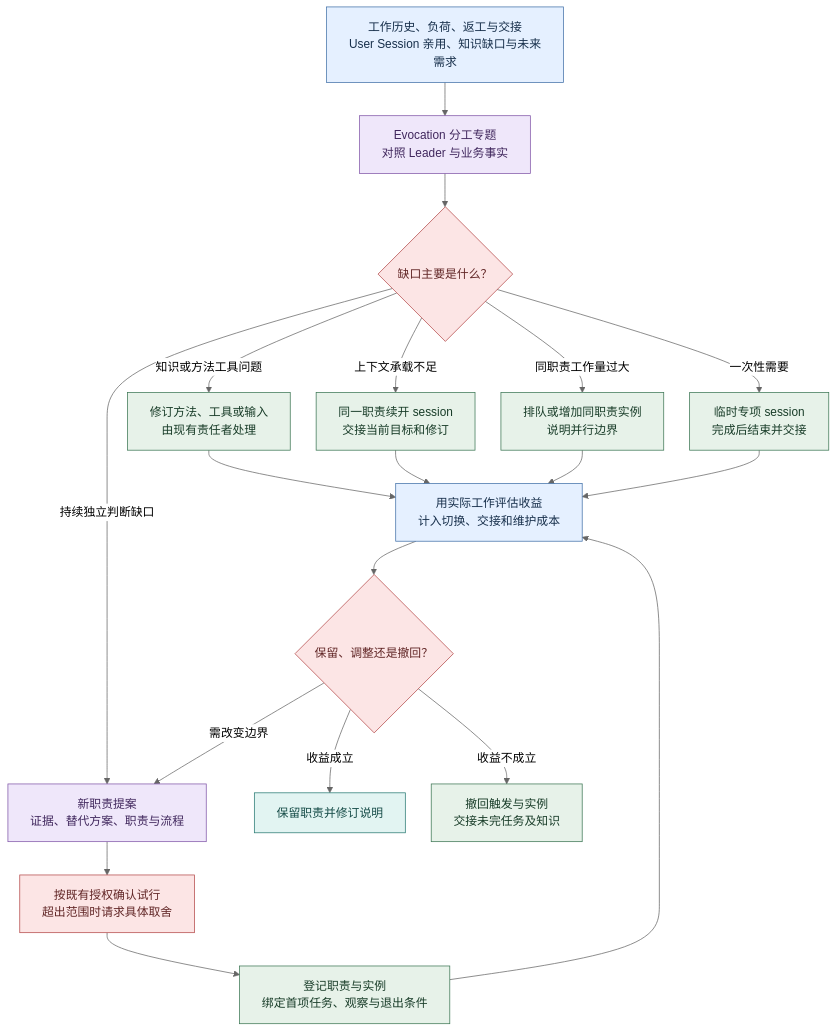
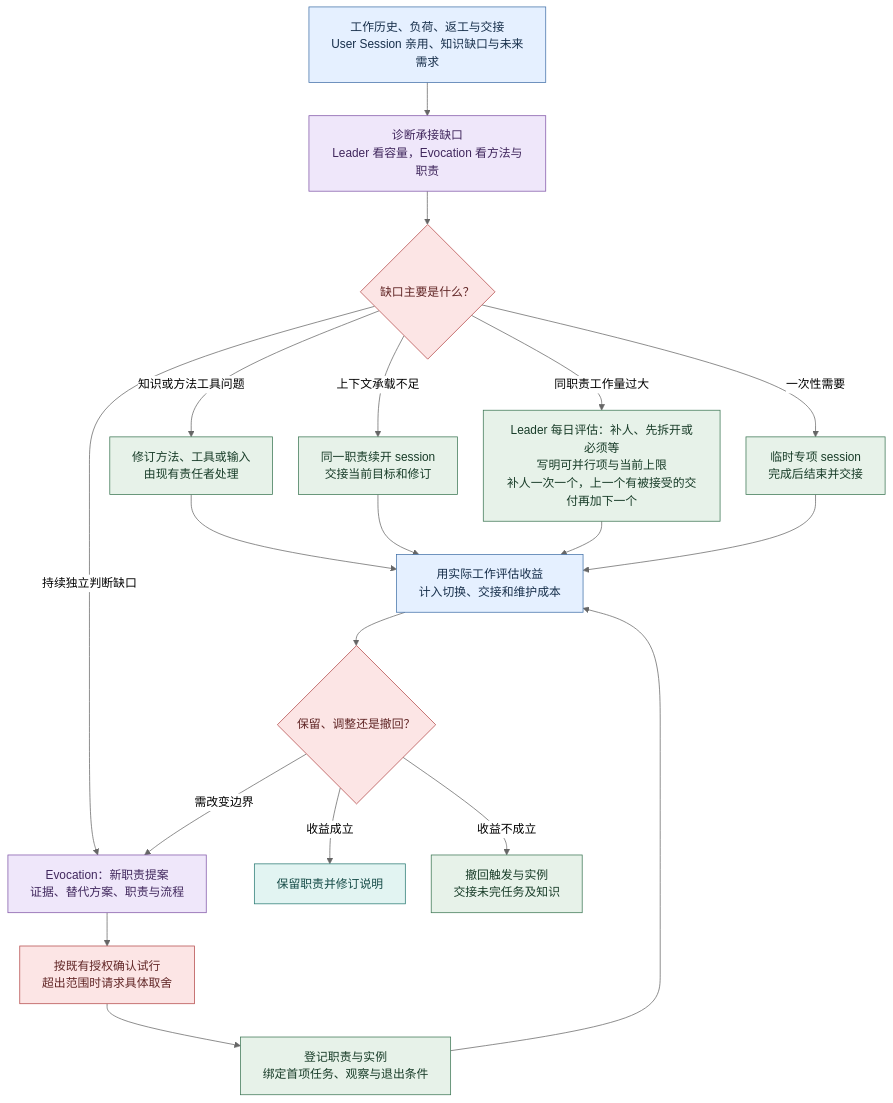
Before and after one commit to cyl19970726/evoLoop: the second of 3 diagrams in docs/product/agent-loop.md, drawn with Mermaid (neutral theme). The commit also changed other lines of this file and 5 other files, not shown here.

````diff
--- a/docs/product/agent-loop.md
+++ b/docs/product/agent-loop.md
@@ -74,27 +79,27 @@
 ```mermaid
 %%{init: {"flowchart":{"wrappingWidth":260,"nodeSpacing":35,"rankSpacing":45}}}%%
 flowchart TB
-  E["工作历史、负荷、返工与交接<br/>User Session 亲用、知识缺口与未来需求"]:::evidence --> M["Evocation 分工专题<br/>对照 Leader 与业务事实"]:::cognition
+  E["工作历史、负荷、返工与交接<br/>User Session 亲用、知识缺口与未来需求"]:::evidence --> M["诊断承接缺口<br/>Leader 看容量，Evocation 看方法与职责"]:::cognition
   M --> Q{"缺口主要是什么？"}:::decision
   Q -->|知识或方法工具问题| F["修订方法、工具或输入<br/>由现有责任者处理"]:::action
   Q -->|上下文承载不足| N["同一职责续开 session<br/>交接当前目标和修订"]:::action
-  Q -->|同职责工作量过大| I["排队或增加同职责实例<br/>说明并行边界"]:::action
+  Q -->|同职责工作量过大| I["Leader 每日评估：补人、先拆开或必须等<br/>写明可并行项与当前上限<br/>补人一次一个，上一个有被接受的交付再加下一个"]:::action
   Q -->|一次性需要| O["临时专项 session<br/>完成后结束并交接"]:::action
-  Q -->|持续独立判断缺口| P["新职责提案<br/>证据、替代方案、职责与流程"]:::cognition
+  Q -->|持续独立判断缺口| P["Evocation：新职责提案<br/>证据、替代方案、职责与流程"]:::cognition
   P --> A["按既有授权确认试行<br/>超出范围时请求具体取舍"]:::decision
   A --> T["登记职责与实例<br/>绑定首项任务、观察与退出条件"]:::action
   T --> R["用实际工作评估收益<br/>计入切换、交接和维护成本"]:::evidence
   R --> C{"保留、调整还是撤回？"}:::decision
   C -->|收益成立| K["保留职责并修订说明"]:::knowledge
   C -->|需改变边界| P
   C -->|收益不成立| X["撤回触发与实例<br/>交接未完任务及知识"]:::action
   F --> R
   N --> R
   I --> R
   O --> R
   classDef evidence fill:#E5F0FF,stroke:#4270A8,color:#172F4B
   classDef cognition fill:#EFE7FA,stroke:#8056A8,color:#40275D
   classDef action fill:#E7F2E9,stroke:#3C7654,color:#183C28
   classDef decision fill:#FCE5E5,stroke:#B44949,color:#612626
   classDef knowledge fill:#E2F4F2,stroke:#297A73,color:#154B47
 ```
````
